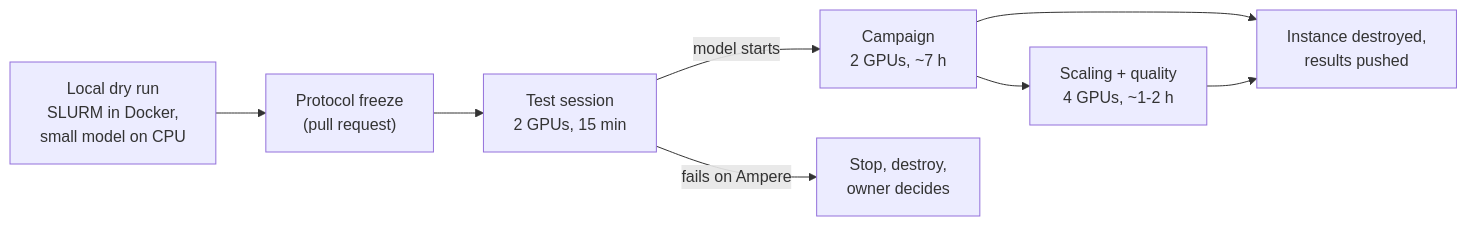
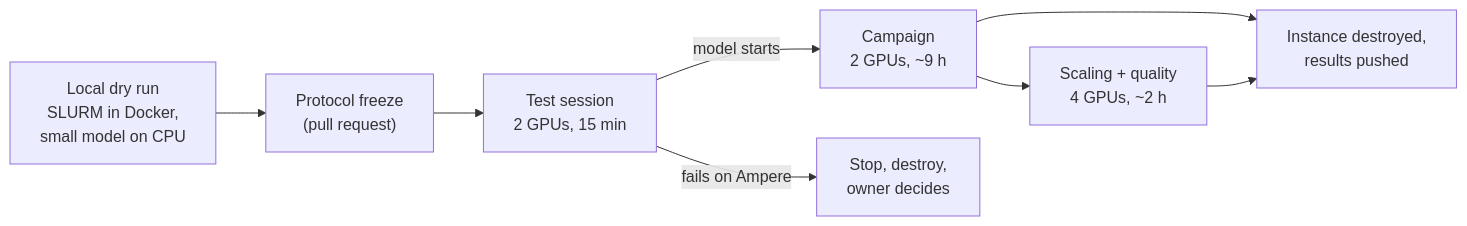
Before and after one commit to gabrielkpo/hpc-inference-sizing: the second of 2 diagrams in README.md, drawn with Mermaid. The commit also changed other lines of this file and 1 other file, not shown here.

````diff
--- a/README.md
+++ b/README.md
@@ -53,10 +54,10 @@
 ```mermaid
 flowchart LR
     L["Local dry run<br/>SLURM in Docker,<br/>small model on CPU"] --> F["Protocol freeze<br/>(pull request)"]
     F --> TS["Test session<br/>2 GPUs, 15 min"]
-    TS -->|model starts| CA["Campaign<br/>2 GPUs, ~7 h"]
+    TS -->|model starts| CA["Campaign<br/>2 GPUs, ~9 h"]
     TS -->|fails on Ampere| STOP["Stop, destroy,<br/>owner decides"]
-    CA --> X["Scaling + quality<br/>4 GPUs, ~1-2 h"]
+    CA --> X["Scaling + quality<br/>4 GPUs, ~2 h"]
     CA --> D["Instance destroyed,<br/>results pushed"]
     X --> D
 ```
````
